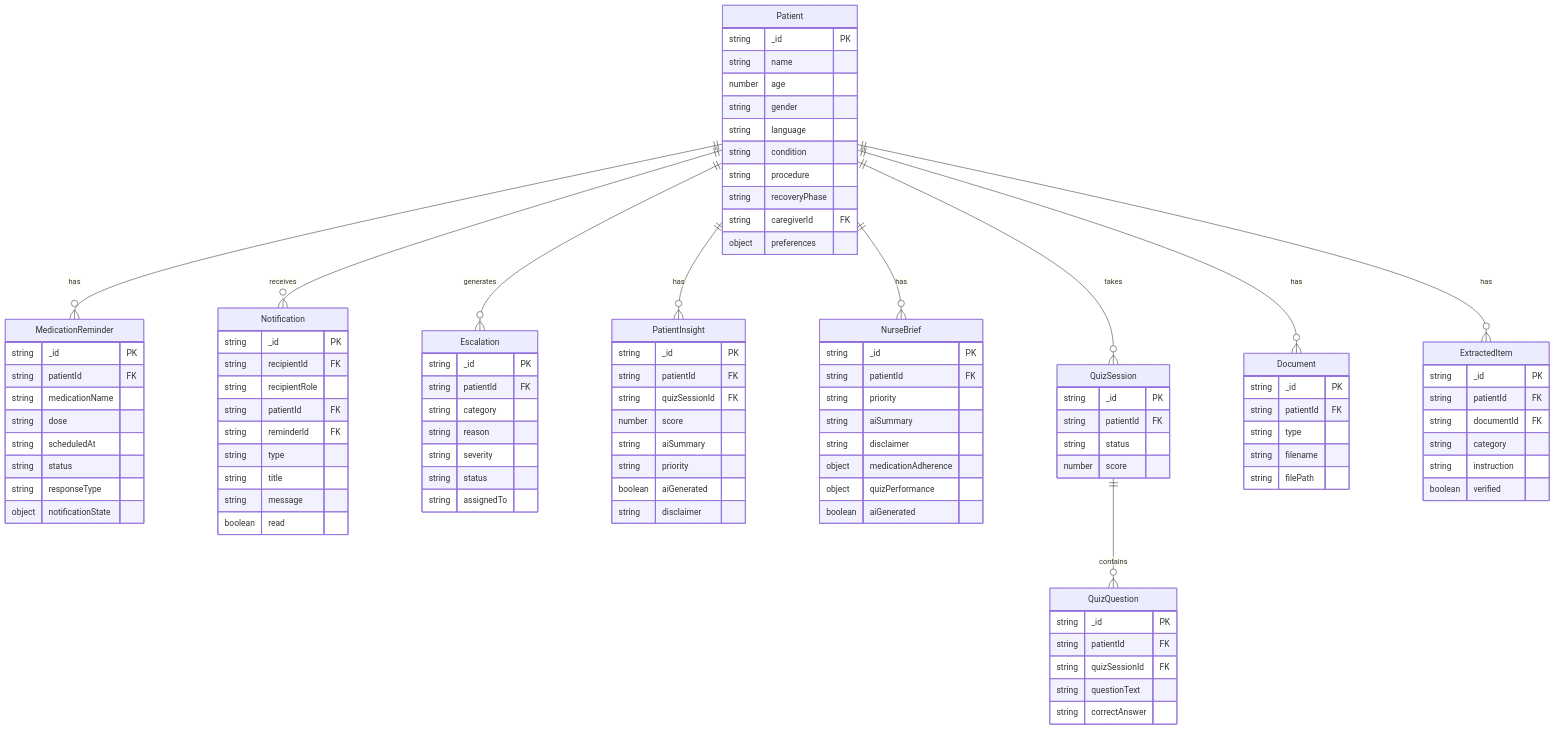
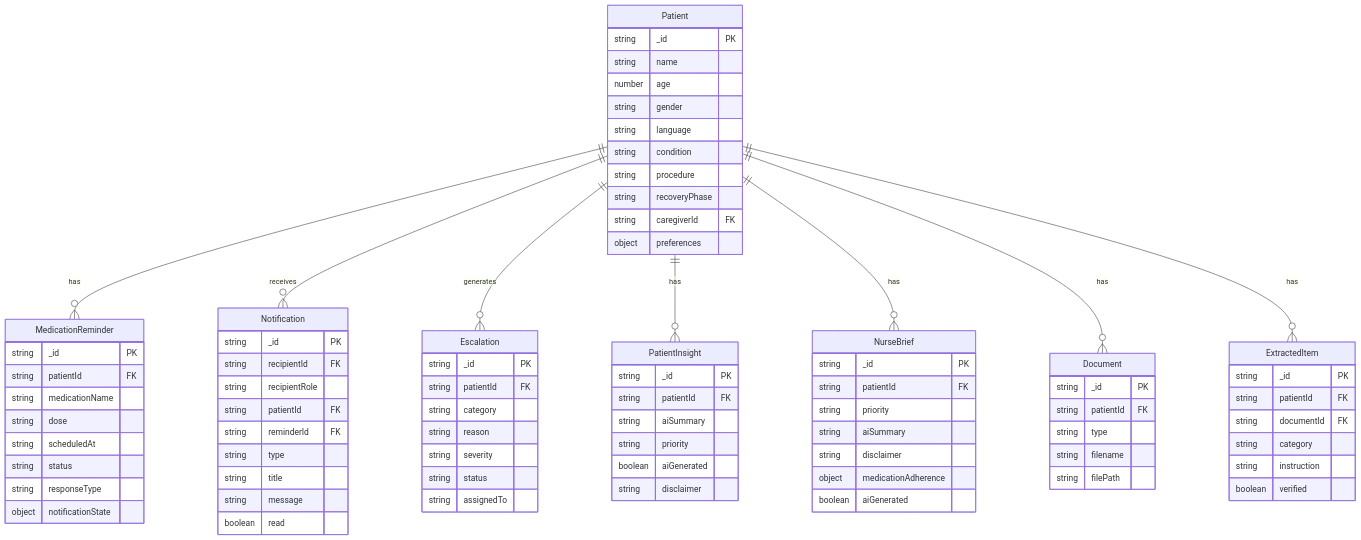
Before and after one commit to abhinavshankar17/MediBuddy: the third of 9 diagrams in README.md, drawn with Mermaid. The commit also changed other lines of this file, not shown here.

````diff
--- a/README.md
+++ b/README.md
@@ -311,8 +294,6 @@
     PatientInsight {
         string _id PK
         string patientId FK
-        string quizSessionId FK
-        number score
         string aiSummary
         string priority
         boolean aiGenerated
@@ -326,23 +307,7 @@
         string aiSummary
         string disclaimer
         object medicationAdherence
-        object quizPerformance
         boolean aiGenerated
-    }
-
-    QuizSession {
-        string _id PK
-        string patientId FK
-        string status
-        number score
-    }
-
-    QuizQuestion {
-        string _id PK
-        string patientId FK
-        string quizSessionId FK
-        string questionText
-        string correctAnswer
     }
 
     Document {
@@ -367,8 +332,6 @@
     Patient ||--o{ Escalation : "generates"
     Patient ||--o{ PatientInsight : "has"
     Patient ||--o{ NurseBrief : "has"
-    Patient ||--o{ QuizSession : "takes"
     Patient ||--o{ Document : "has"
     Patient ||--o{ ExtractedItem : "has"
-    QuizSession ||--o{ QuizQuestion : "contains"
 ```
````
